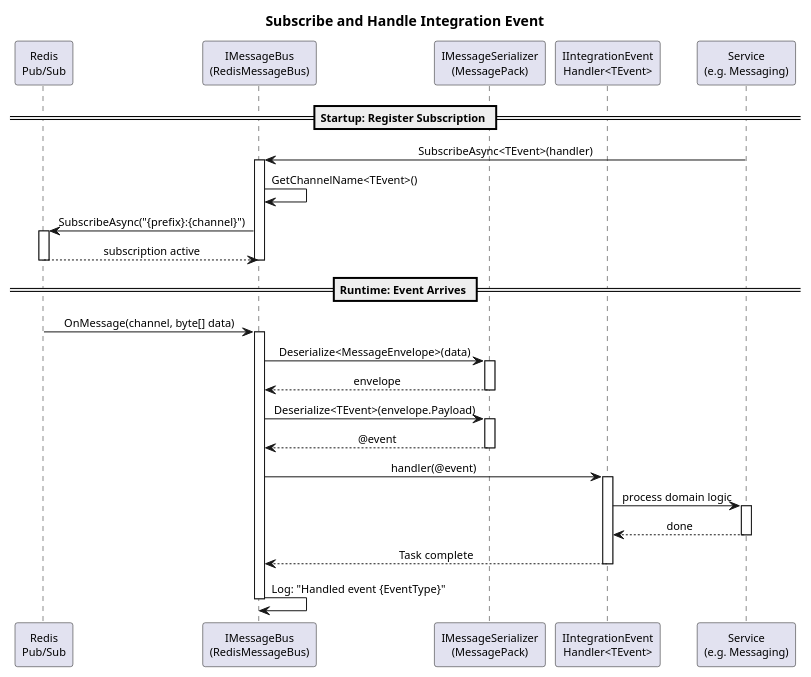
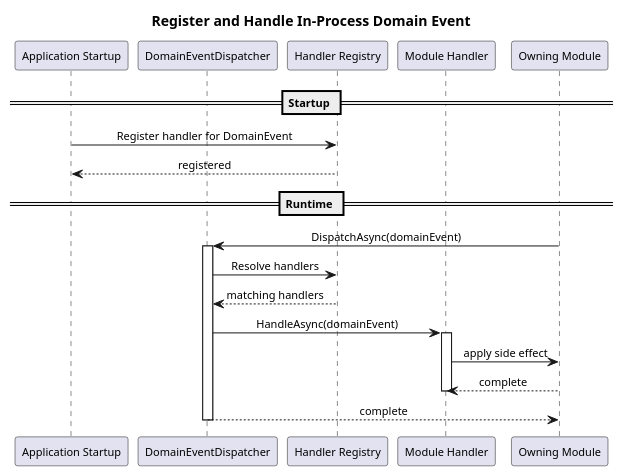
One commit to QuinntyneBrown/Coop changed the diagram in docs/detailed-designs/12-modular-monolith-architecture/sequence-subscribe-event.puml. Above: the diagram before and after it, drawn with PlantUML. The commit also changed 3 other files, not shown here.

Commit message:
Update modular monolith architecture PlantUML diagrams

```diff
--- a/docs/detailed-designs/12-modular-monolith-architecture/sequence-subscribe-event.puml
+++ b/docs/detailed-designs/12-modular-monolith-architecture/sequence-subscribe-event.puml
@@ -1,54 +1,35 @@
 @startuml sequence-subscribe-event
 
 skinparam defaultFontSize 11
 skinparam shadowing false
 skinparam sequenceMessageAlign center
 skinparam pageMargin 10
 
-title Subscribe and Handle Integration Event
+title Register and Handle In-Process Domain Event
 
-participant "Redis\nPub/Sub" as Redis
-participant "IMessageBus\n(RedisMessageBus)" as Bus
-participant "IMessageSerializer\n(MessagePack)" as Serializer
-participant "IIntegrationEvent\nHandler<TEvent>" as Handler
-participant "Service\n(e.g. Messaging)" as Service
+participant "Application Startup" as Startup
+participant "DomainEventDispatcher" as Dispatcher
+participant "Handler Registry" as Registry
+participant "Module Handler" as Handler
+participant "Owning Module" as Module
 
-== Startup: Register Subscription ==
+== Startup ==
 
-Service -> Bus : SubscribeAsync<TEvent>(handler)
-activate Bus
-Bus -> Bus : GetChannelName<TEvent>()
-Bus -> Redis : SubscribeAsync("{prefix}:{channel}")
-activate Redis
-Redis --> Bus : subscription active
-deactivate Redis
-deactivate Bus
+Startup -> Registry : Register handler for DomainEvent
+Registry --> Startup : registered
 
-== Runtime: Event Arrives ==
+== Runtime ==
 
-Redis -> Bus : OnMessage(channel, byte[] data)
-activate Bus
-
-Bus -> Serializer : Deserialize<MessageEnvelope>(data)
-activate Serializer
-return envelope
-
-Bus -> Serializer : Deserialize<TEvent>(envelope.Payload)
-activate Serializer
-return @event
-
-Bus -> Handler : handler(@event)
+Module -> Dispatcher : DispatchAsync(domainEvent)
+activate Dispatcher
+Dispatcher -> Registry : Resolve handlers
+Registry --> Dispatcher : matching handlers
+Dispatcher -> Handler : HandleAsync(domainEvent)
 activate Handler
-
-Handler -> Service : process domain logic
-activate Service
-Service --> Handler : done
-deactivate Service
-
-Handler --> Bus : Task complete
+Handler -> Module : apply side effect
+Module --> Handler : complete
 deactivate Handler
-
-Bus -> Bus : Log: "Handled event {EventType}"
-deactivate Bus
+Dispatcher --> Module : complete
+deactivate Dispatcher
 
 @enduml
```
